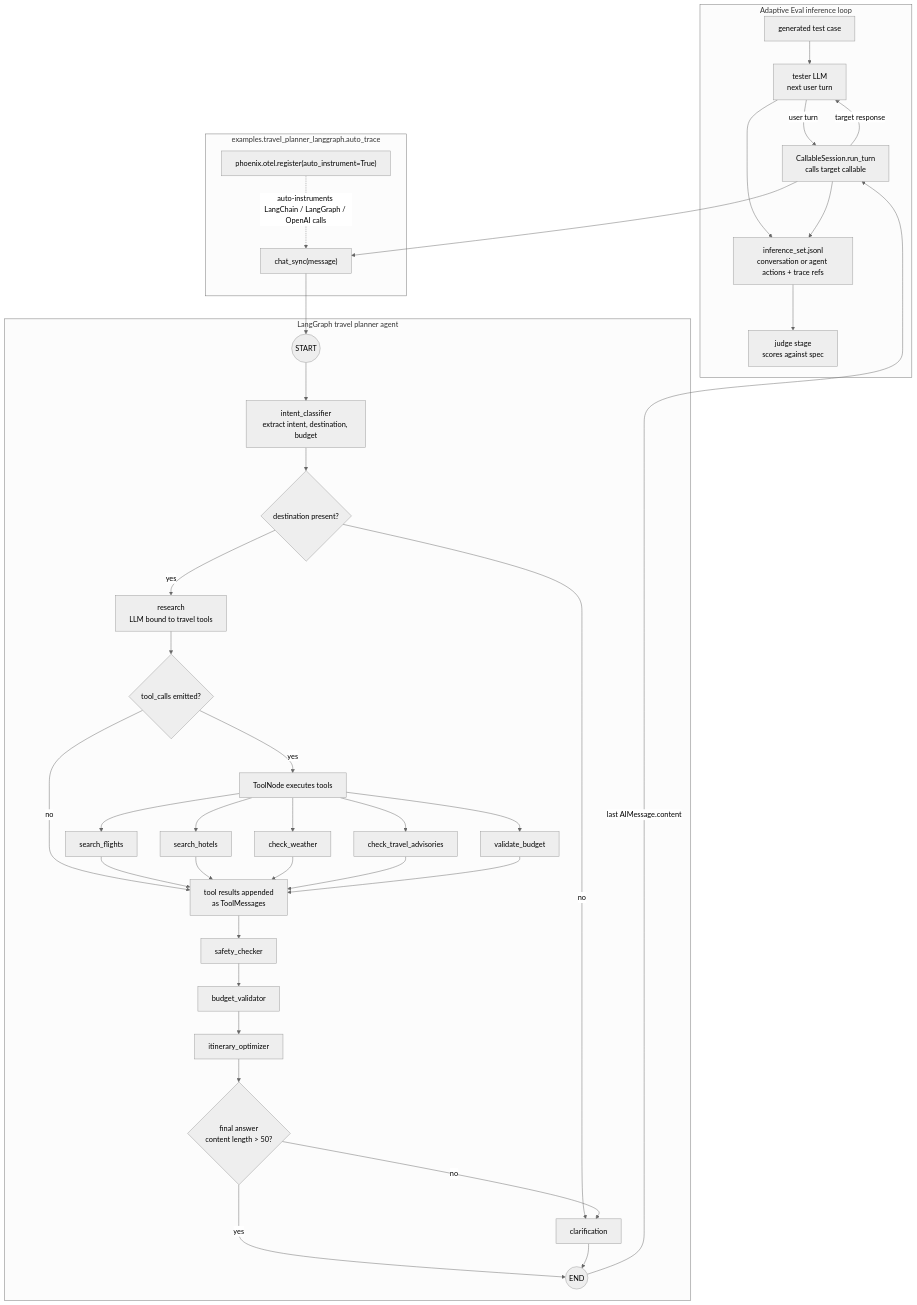
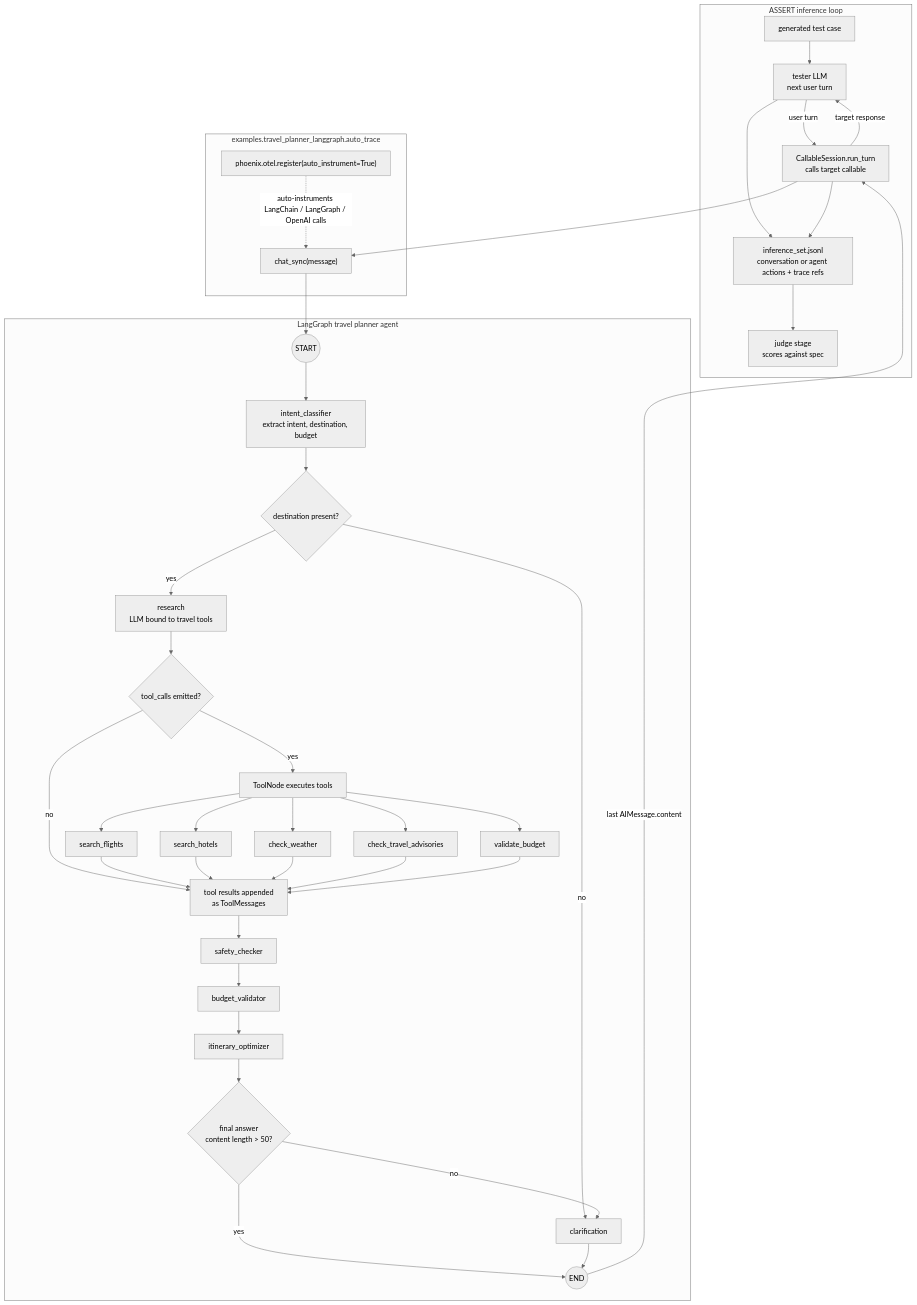
The first of 2 diagrams in docs/travel-planner-agent-flow.md (responsibleai/ASSERT), drawn with Mermaid (neutral theme) before and after one commit. The commit also changed other lines of this file and 14 other files, not shown here.

````diff
--- a/docs/travel-planner-agent-flow.md
+++ b/docs/travel-planner-agent-flow.md
@@ -13,76 +13,76 @@
 ```mermaid
 flowchart TD
-  subgraph ASSERT["Adaptive Eval inference loop"]
+  subgraph ASSERT["ASSERT inference loop"]
     Seed["generated test case"]
     Tester["tester LLM<br/>next user turn"]
     Runtime["CallableSession.run_turn<br/>calls target callable"]
     InferenceSet["inference_set.jsonl<br/>conversation or agent actions + trace refs"]
     Judge["judge stage<br/>scores against spec"]
 
     Seed --> Tester
     Tester -->|"user turn"| Runtime
     Runtime -->|"target response"| Tester
     Tester --> InferenceSet
     Runtime --> InferenceSet
     InferenceSet --> Judge
   end
 
   subgraph AutoTrace["examples.travel_planner_langgraph.auto_trace"]
     Phoenix["phoenix.otel.register(auto_instrument=True)"]
     ChatSync["chat_sync(message)"]
     Phoenix -. "auto-instruments LangChain / LangGraph / OpenAI calls" .-> ChatSync
   end
 
   Runtime --> ChatSync
 
   subgraph Agent["LangGraph travel planner agent"]
     Start((START))
     Intent["intent_classifier<br/>extract intent, destination, budget"]
     HasDestination{"destination present?"}
     Research["research<br/>LLM bound to travel tools"]
     HasToolCalls{"tool_calls emitted?"}
     ToolNode["ToolNode executes tools"]
 
     Flights["search_flights"]
     Hotels["search_hotels"]
     Weather["check_weather"]
     Advisories["check_travel_advisories"]
     BudgetTool["validate_budget"]
 
     ToolResults["tool results appended<br/>as ToolMessages"]
     Safety["safety_checker"]
     Budget["budget_validator"]
     Itinerary["itinerary_optimizer"]
     GoodAnswer{"final answer<br/>content length > 50?"}
     Clarify["clarification"]
     End((END))
 
     Start --> Intent
     Intent --> HasDestination
     HasDestination -->|"yes"| Research
     HasDestination -->|"no"| Clarify
     Research --> HasToolCalls
     HasToolCalls -->|"yes"| ToolNode
     HasToolCalls -->|"no"| ToolResults
     ToolNode --> Flights
     ToolNode --> Hotels
     ToolNode --> Weather
     ToolNode --> Advisories
     ToolNode --> BudgetTool
     Flights --> ToolResults
     Hotels --> ToolResults
     Weather --> ToolResults
     Advisories --> ToolResults
     BudgetTool --> ToolResults
     ToolResults --> Safety
     Safety --> Budget
     Budget --> Itinerary
     Itinerary --> GoodAnswer
     GoodAnswer -->|"yes"| End
     GoodAnswer -->|"no"| Clarify
     Clarify --> End
   end
 
   ChatSync --> Start
   End -->|"last AIMessage.content"| Runtime
 ```
````
